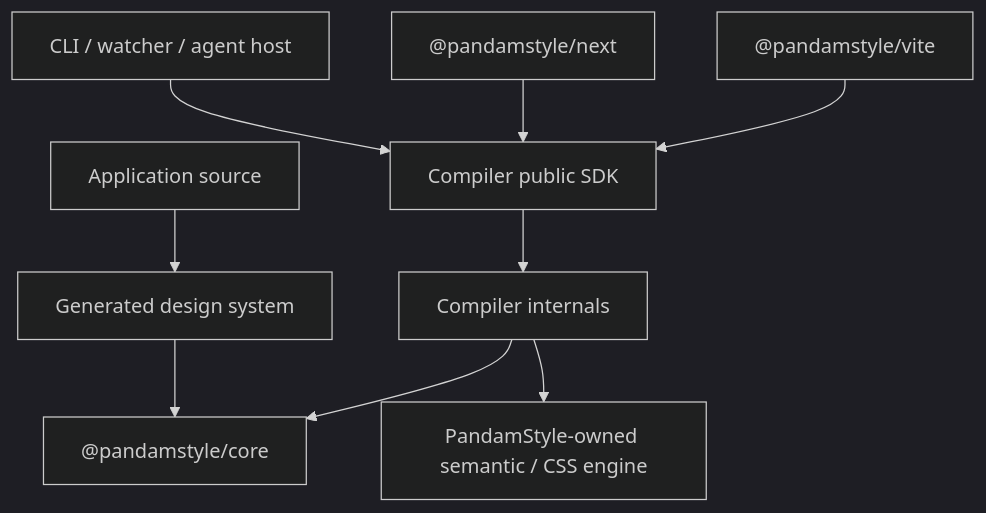
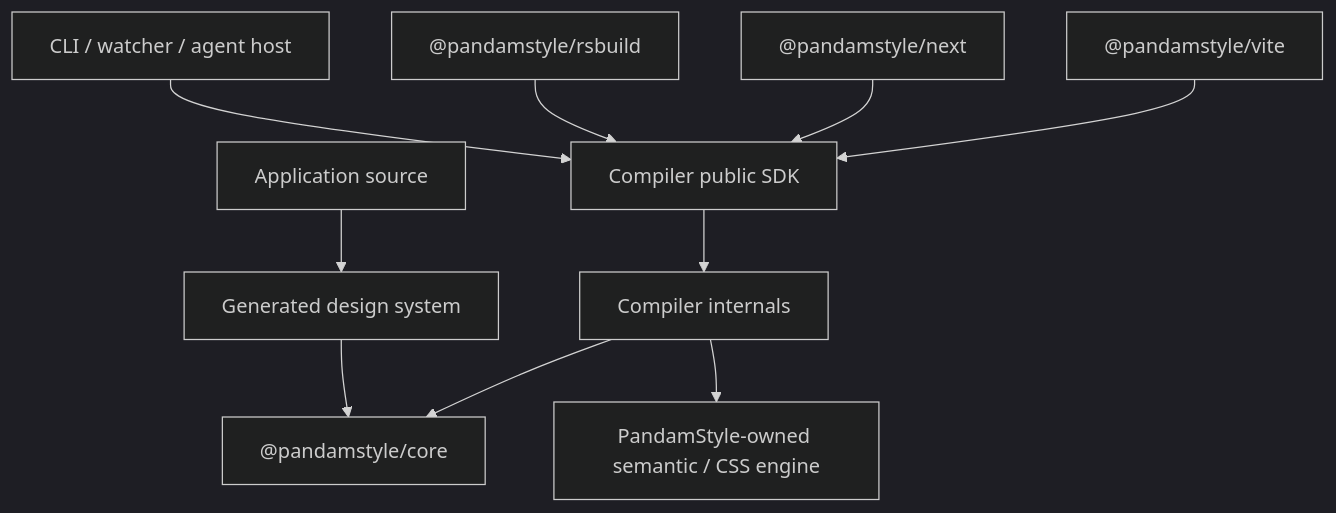
The diagram in docs/architecture/package-architecture-v1.md (lbframe/pandam-style), drawn with Mermaid (dark theme) before and after one commit. The commit also changed other lines of this file, not shown here.

Commit message:
docs: add Rsbuild host package architecture

````diff
--- a/docs/architecture/package-architecture-v1.md
+++ b/docs/architecture/package-architecture-v1.md
@@ -33,11 +34,12 @@
 ```mermaid
 flowchart TD
   App[Application source] --> DS[Generated design system]
   DS --> Core["@pandamstyle/core"]
   Vite["@pandamstyle/vite"] --> SDK[Compiler public SDK]
   Next["@pandamstyle/next"] --> SDK
+  Rsbuild["@pandamstyle/rsbuild"] --> SDK
   CLI[CLI / watcher / agent host] --> SDK
   SDK --> Internal[Compiler internals]
   Internal --> Engine[PandamStyle-owned semantic / CSS engine]
   Internal --> Core
 ```
````
